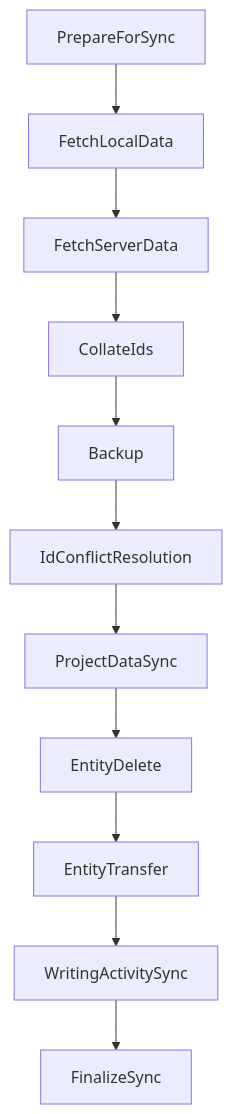
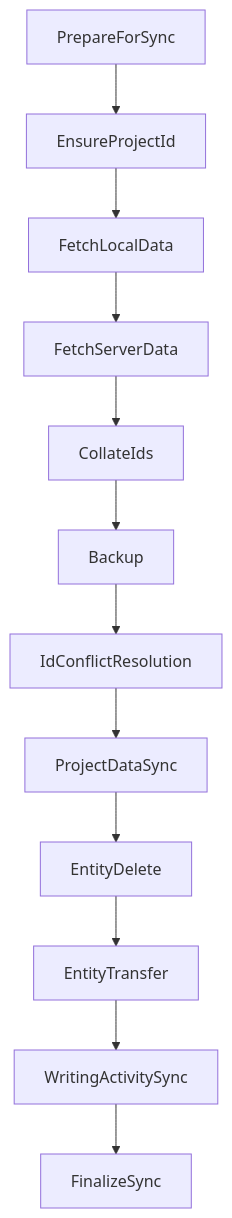
One commit to Darkrock-Studios/hammer-editor changed diagram 11 of 11 in docs/SYNCING-PROTOCOL.md. Above: the diagram before and after it, drawn with Mermaid. The commit also changed other lines of this file, not shown here.

Commit message:
Correct the sync protocol doc to match the implementation

````diff
--- a/docs/SYNCING-PROTOCOL.md
+++ b/docs/SYNCING-PROTOCOL.md
@@ -489,13 +507,14 @@
 ```mermaid
 flowchart TD
-    A[PrepareForSync] --> B[FetchLocalData]
+    A[PrepareForSync] --> EP[EnsureProjectId]
+    EP --> B[FetchLocalData]
     B --> C[FetchServerData]
     C --> D[CollateIds]
     D --> E[Backup]
     E --> F[IdConflictResolution]
     F --> P[ProjectDataSync]
     P --> G[EntityDelete]
     G --> H[EntityTransfer]
     H --> W[WritingActivitySync]
     W --> I[FinalizeSync]
 ```
````
